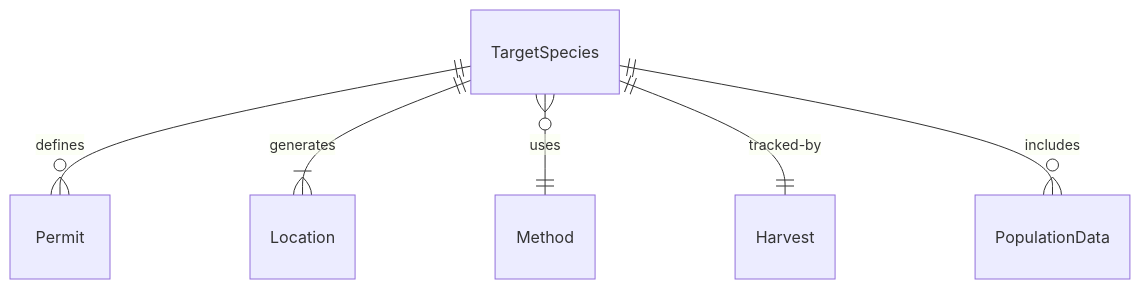
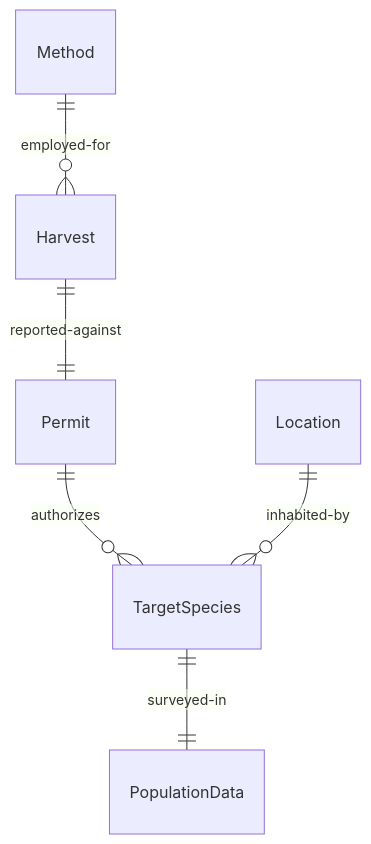
Before and after one commit to dot-org-ai/tasks.org.ai: the first of 4 diagrams in HandlingAndMovingObjects/HuntAnimals/CaptureKillAnimals.mdx, drawn with Mermaid. The commit also changed other lines of this file and 515 other files, not shown here.

````diff
--- a/HandlingAndMovingObjects/HuntAnimals/CaptureKillAnimals.mdx
+++ b/HandlingAndMovingObjects/HuntAnimals/CaptureKillAnimals.mdx
@@ -89,8 +89,8 @@
 ```mermaid
 erDiagram
-    TargetSpecies ||--o{ Permit : "defines"
-    TargetSpecies ||--|{ Location : "generates"
-    TargetSpecies }o--|| Method : "uses"
-    TargetSpecies ||--|| Harvest : "tracked-by"
-    TargetSpecies ||--o{ PopulationData : "includes"
+    Permit ||--o{ TargetSpecies : "authorizes"
+    Location ||--o{ TargetSpecies : "inhabited-by"
+    TargetSpecies ||--|| PopulationData : "surveyed-in"
+    Method ||--o{ Harvest : "employed-for"
+    Harvest ||--|| Permit : "reported-against"
 ```
````
